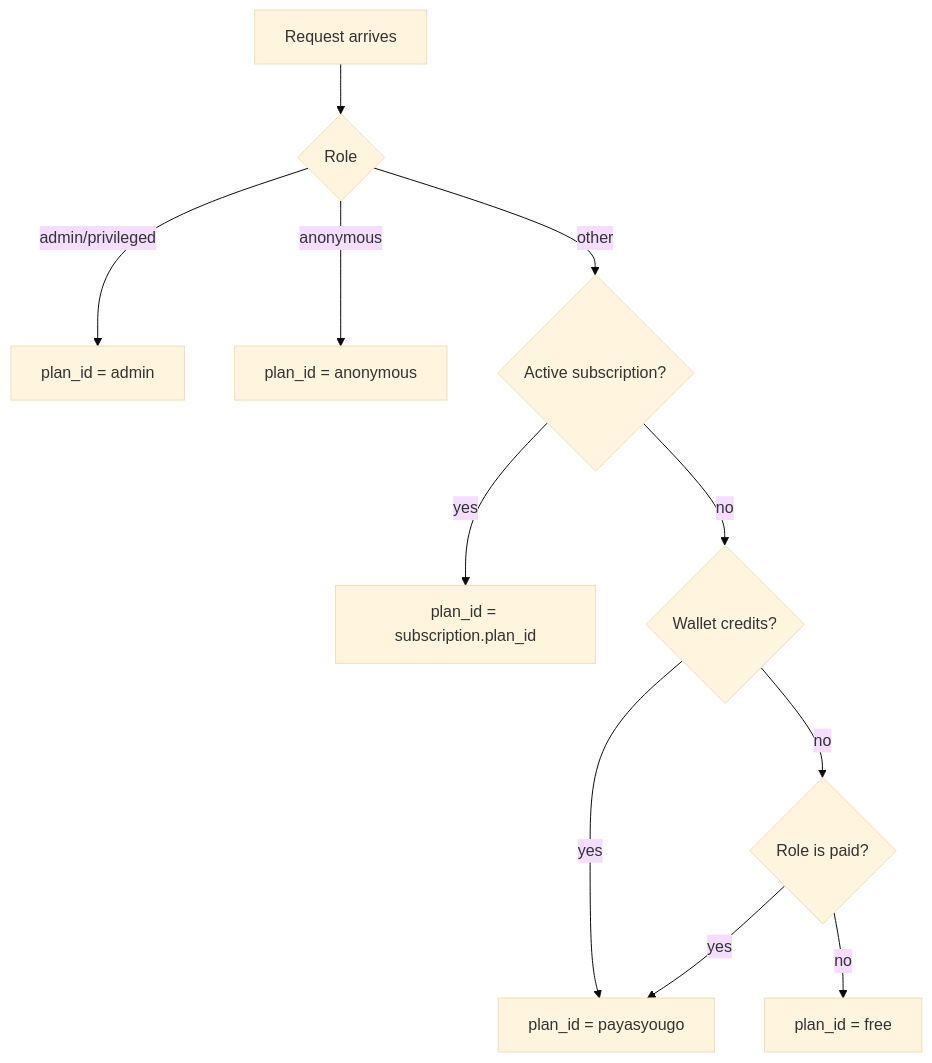
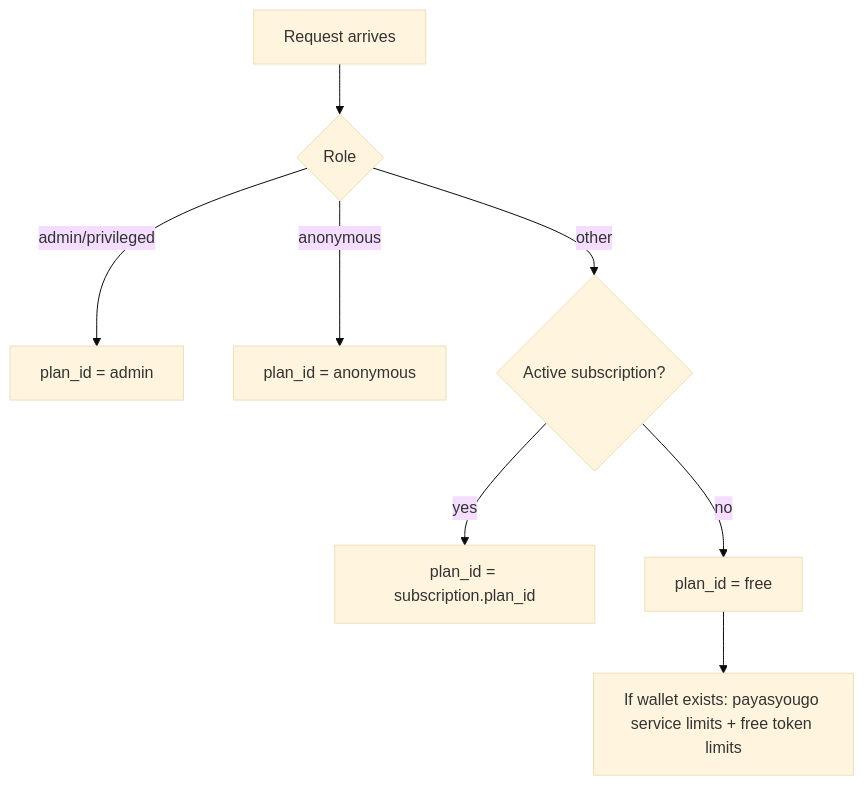
One commit to elenaviter/kdcube-ai-app changed the first of 3 diagrams in app/ai-app/docs/economics/economic-README.md. Above: the diagram before and after it, drawn with Mermaid (base theme). The commit also changed other lines of this file and 24 other files, not shown here.

````diff
--- a/app/ai-app/docs/economics/economic-README.md
+++ b/app/ai-app/docs/economics/economic-README.md
@@ -65,13 +84,10 @@
 ```mermaid
 flowchart TD
   A[Request arrives] --> B{Role}
   B -- admin/privileged --> P[plan_id = admin]
   B -- anonymous --> N[plan_id = anonymous]
   B -- other --> C{Active subscription?}
   C -- yes --> S[plan_id = subscription.plan_id]
-  C -- no --> D{Wallet credits?}
-  D -- yes --> W[plan_id = payasyougo]
-  D -- no --> E{Role is paid?}
-  E -- yes --> W
-  E -- no --> F[plan_id = free]
+  C -- no --> F[plan_id = free]
+  F --> W[If wallet exists: payasyougo service limits + free token limits]
 ```
````
